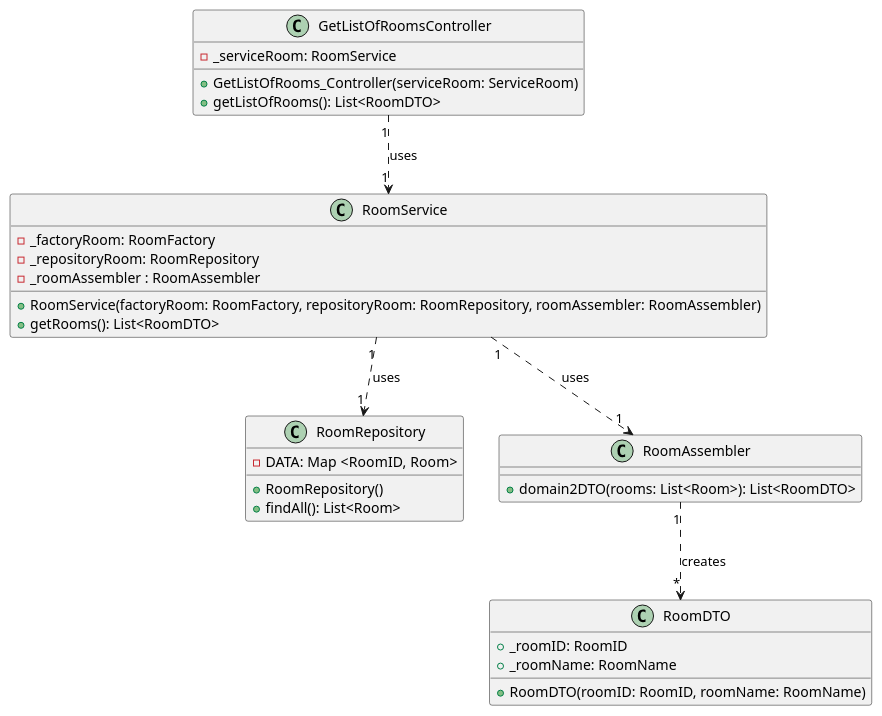
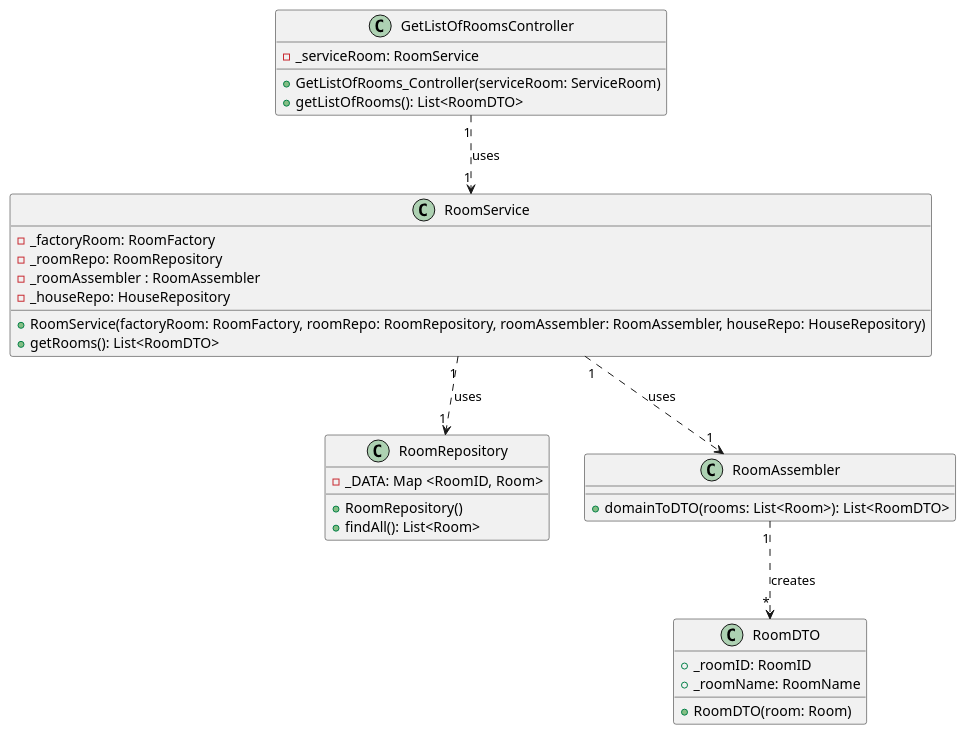
The diagram in docs/ood/classDiagram/US03GetListOfRooms.puml (olivDiogo/SmartHome), drawn with PlantUML before and after one commit.

Commit message:
#91: [Fixed] US03 Class Diagram

```diff
--- a/docs/ood/classDiagram/US03GetListOfRooms.puml
+++ b/docs/ood/classDiagram/US03GetListOfRooms.puml
@@ -1,49 +1,50 @@
 @startuml
 'https://plantuml.com/class-diagram
 
 class GetListOfRoomsController{
 'Attributes'
 - _serviceRoom: RoomService
 'Methods'
 +GetListOfRooms_Controller(serviceRoom: ServiceRoom)
 +getListOfRooms(): List<RoomDTO>
 }
 
 class RoomService{
 'Attributes'
 - _factoryRoom: RoomFactory
-- _repositoryRoom: RoomRepository
+- _roomRepo: RoomRepository
 - _roomAssembler : RoomAssembler
+- _houseRepo: HouseRepository
 'Methods'
-+RoomService(factoryRoom: RoomFactory, repositoryRoom: RoomRepository, roomAssembler: RoomAssembler)
++RoomService(factoryRoom: RoomFactory, roomRepo: RoomRepository, roomAssembler: RoomAssembler, houseRepo: HouseRepository)
 +getRooms(): List<RoomDTO>
 }
 
 
 class RoomRepository{
 'Attributes'
-- DATA: Map <RoomID, Room>
+- _DATA: Map <RoomID, Room>
 'Methods'
 +RoomRepository()
 +findAll(): List<Room>
 }
 
 class RoomAssembler{
 'Methods'
-+domain2DTO(rooms: List<Room>): List<RoomDTO>
++domainToDTO(rooms: List<Room>): List<RoomDTO>
 }
 
 class RoomDTO{
 'Attributes'
 +_roomID: RoomID
 +_roomName: RoomName
 'Methods'
-+RoomDTO(roomID: RoomID, roomName: RoomName)
++RoomDTO(room: Room)
 }
 
 GetListOfRoomsController "1" ..> "1" RoomService: uses
 RoomService "1" ..> "1" RoomRepository: uses
 RoomService "1" ..> "1" RoomAssembler: uses
 RoomAssembler "1" ..> "*" RoomDTO: creates
 
 @enduml
```
